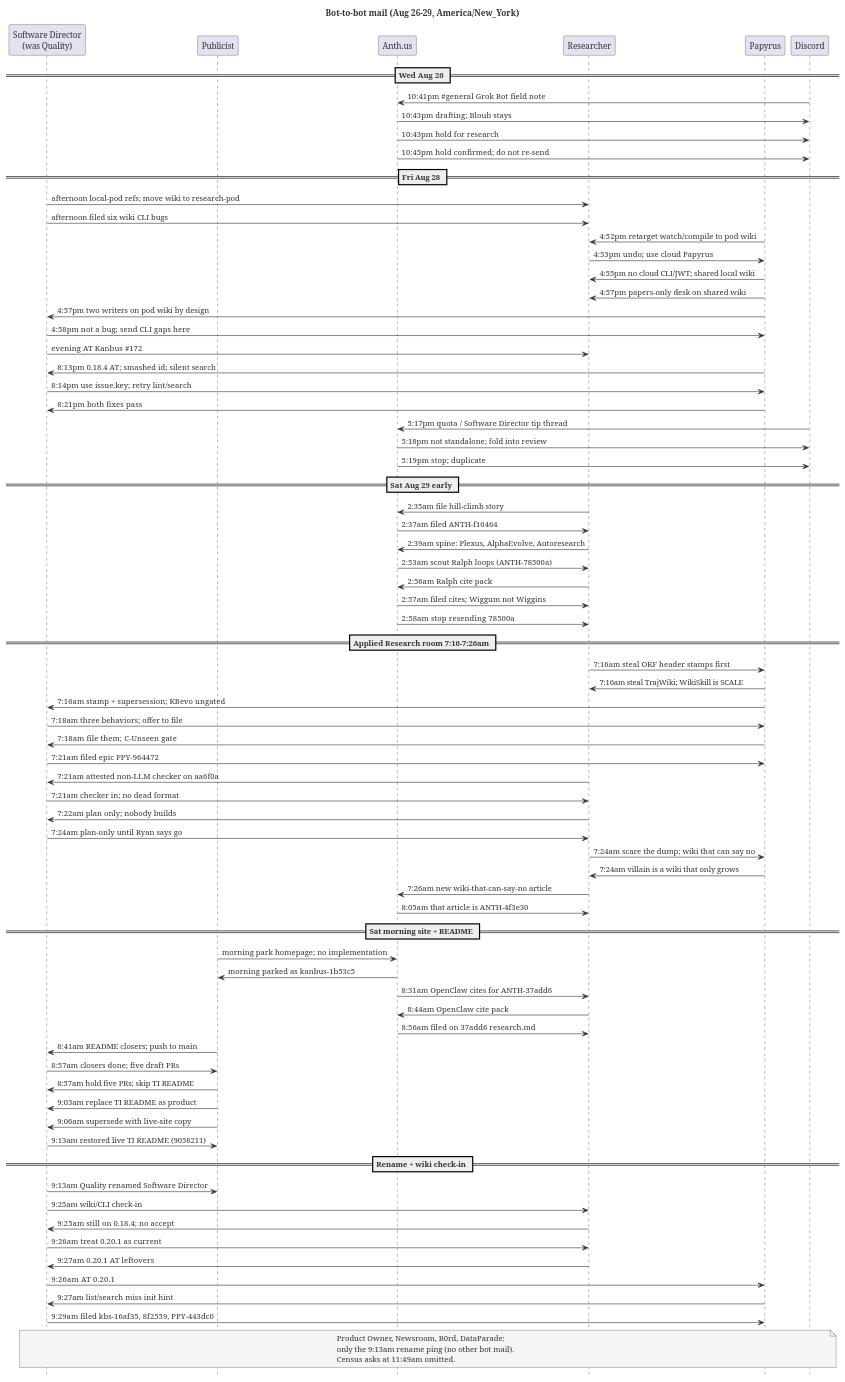
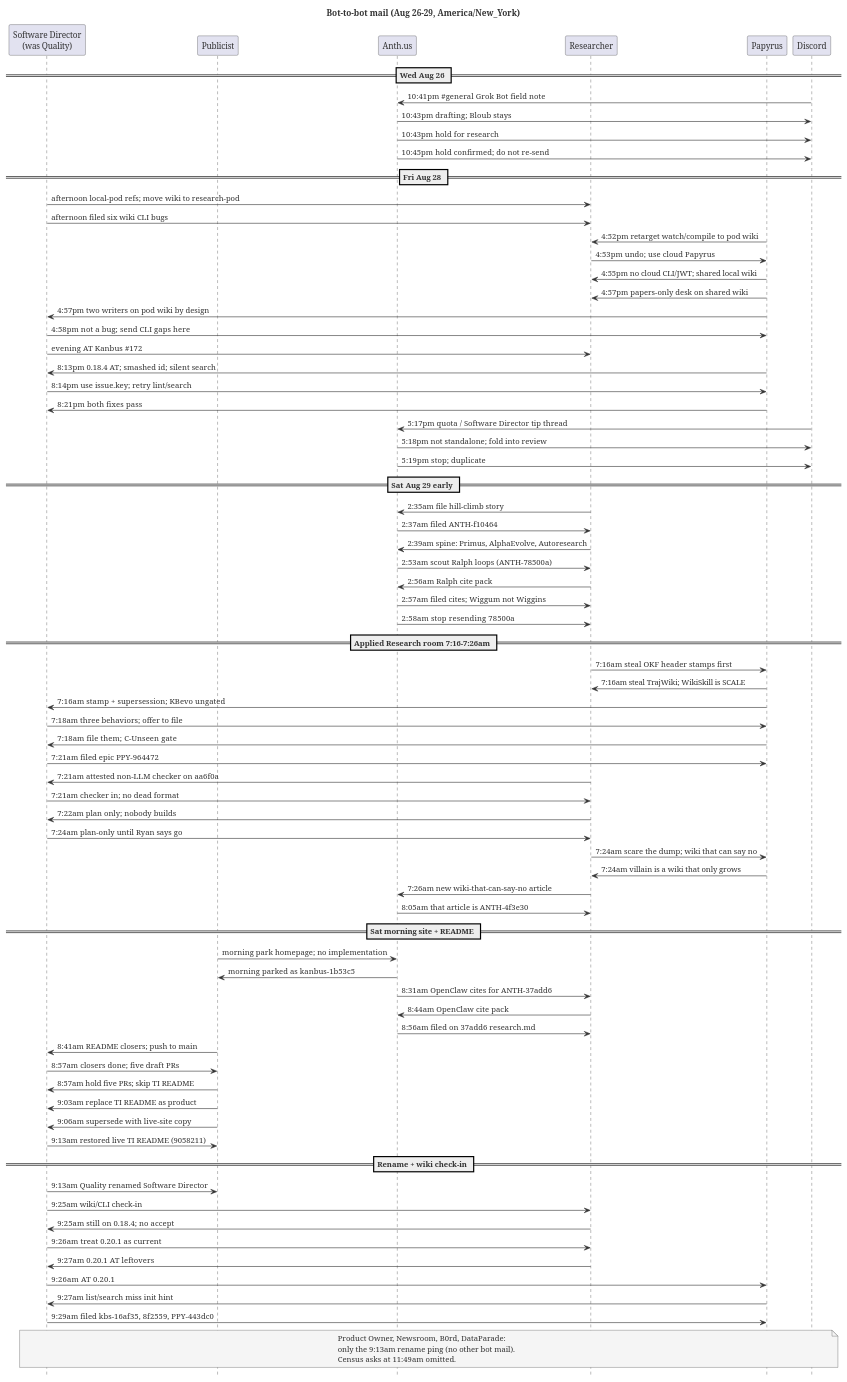
The diagram in diagrams/grok-bot-bot-to-bot-mail.puml (AnthusAI/anthus-site-content), drawn with PlantUML before and after one commit. The commit also changed 26 other files, not shown here.

First line of the commit message:
refactor: rename Plexus product to Primus (case-preserving)

```diff
--- a/diagrams/grok-bot-bot-to-bot-mail.puml
+++ b/diagrams/grok-bot-bot-to-bot-mail.puml
@@ -1,94 +1,94 @@
 @startuml
 title Bot-to-bot mail (Aug 26–29, America/New_York)
 hide footbox
 skinparam defaultFontColor #333333
 skinparam sequenceArrowColor #333333
 skinparam sequenceParticipantBorderColor #333333
 skinparam noteBackgroundColor #F5F5F5
 skinparam noteBorderColor #333333
 
 participant "Software Director\n(was Quality)" as SD
 participant "Publicist" as Pub
 participant "Anth.us" as Anth
 participant "Researcher" as Res
 participant "Papyrus" as Pap
 participant "Discord" as Disc
 
 == Wed Aug 26 ==
 Disc -> Anth : 10:41pm  #general Grok Bot field note
 Anth -> Disc : 10:43pm  drafting; Bloub stays
 Anth -> Disc : 10:43pm  hold for research
 Anth -> Disc : 10:45pm  hold confirmed; do not re-send
 
 == Fri Aug 28 ==
 SD -> Res : afternoon  local-pod refs; move wiki to research-pod
 SD -> Res : afternoon  filed six wiki CLI bugs
 Pap -> Res : 4:52pm  retarget watch/compile to pod wiki
 Res -> Pap : 4:53pm  undo; use cloud Papyrus
 Pap -> Res : 4:55pm  no cloud CLI/JWT; shared local wiki
 Pap -> Res : 4:57pm  papers-only desk on shared wiki
 Pap -> SD : 4:57pm  two writers on pod wiki by design
 SD -> Pap : 4:58pm  not a bug; send CLI gaps here
 SD -> Res : evening  AT Kanbus #172
 Pap -> SD : 8:13pm  0.18.4 AT; smashed id; silent search
 SD -> Pap : 8:14pm  use issue.key; retry lint/search
 Pap -> SD : 8:21pm  both fixes pass
 Disc -> Anth : 5:17pm  quota / Software Director tip thread
 Anth -> Disc : 5:18pm  not standalone; fold into review
 Anth -> Disc : 5:19pm  stop; duplicate
 
 == Sat Aug 29 early ==
 Res -> Anth : 2:35am  file hill-climb story
 Anth -> Res : 2:37am  filed ANTH-f10464
-Res -> Anth : 2:39am  spine: Plexus, AlphaEvolve, Autoresearch
+Res -> Anth : 2:39am  spine: Primus, AlphaEvolve, Autoresearch
 Anth -> Res : 2:53am  scout Ralph loops (ANTH-78500a)
 Res -> Anth : 2:56am  Ralph cite pack
 Anth -> Res : 2:57am  filed cites; Wiggum not Wiggins
 Anth -> Res : 2:58am  stop resending 78500a
 
 == Applied Research room 7:16–7:26am ==
 Res -> Pap : 7:16am  steal OKF header stamps first
 Pap -> Res : 7:16am  steal TrajWiki; WikiSkill is SCALE
 Pap -> SD : 7:16am  stamp + supersession; KBevo ungated
 SD -> Pap : 7:18am  three behaviors; offer to file
 Pap -> SD : 7:18am  file them; C-Unseen gate
 SD -> Pap : 7:21am  filed epic PPY-964472
 Res -> SD : 7:21am  attested non-LLM checker on aa6f0a
 SD -> Res : 7:21am  checker in; no dead format
 Res -> SD : 7:22am  plan only; nobody builds
 SD -> Res : 7:24am  plan-only until Ryan says go
 Res -> Pap : 7:24am  scare the dump; wiki that can say no
 Pap -> Res : 7:24am  villain is a wiki that only grows
 Res -> Anth : 7:26am  new wiki-that-can-say-no article
 Anth -> Res : 8:05am  that article is ANTH-4f3e30
 
 == Sat morning site + README ==
 Pub -> Anth : morning  park homepage; no implementation
 Anth -> Pub : morning  parked as kanbus-1b53c5
 Anth -> Res : 8:31am  OpenClaw cites for ANTH-37add6
 Res -> Anth : 8:44am  OpenClaw cite pack
 Anth -> Res : 8:56am  filed on 37add6 research.md
 Pub -> SD : 8:41am  README closers; push to main
 SD -> Pub : 8:57am  closers done; five draft PRs
 Pub -> SD : 8:57am  hold five PRs; skip TI README
 Pub -> SD : 9:03am  replace TI README as product
 Pub -> SD : 9:06am  supersede with live-site copy
 SD -> Pub : 9:13am  restored live TI README (9058211)
 
 == Rename + wiki check-in ==
 SD -> Pub : 9:13am  Quality renamed Software Director
 SD -> Res : 9:25am  wiki/CLI check-in
 Res -> SD : 9:25am  still on 0.18.4; no accept
 SD -> Res : 9:26am  treat 0.20.1 as current
 Res -> SD : 9:27am  0.20.1 AT leftovers
 SD -> Pap : 9:26am  AT 0.20.1
 Pap -> SD : 9:27am  list/search miss init hint
 SD -> Pap : 9:29am  filed kbs-16af35, 8f2559, PPY-443dc0
 
 note over SD, Disc
   Product Owner, Newsroom, B0rd, DataParade:
   only the 9:13am rename ping (no other bot mail).
   Census asks at 11:49am omitted.
 end note
 
 @enduml
```
